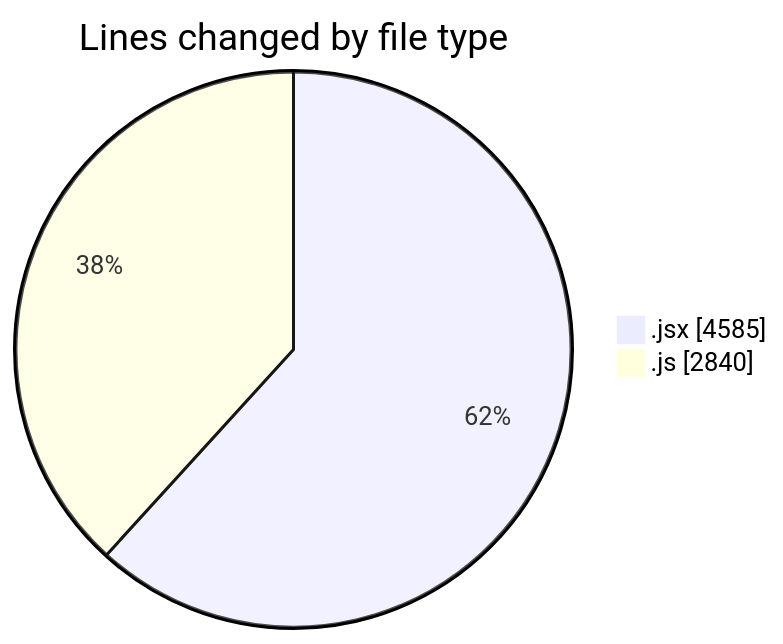
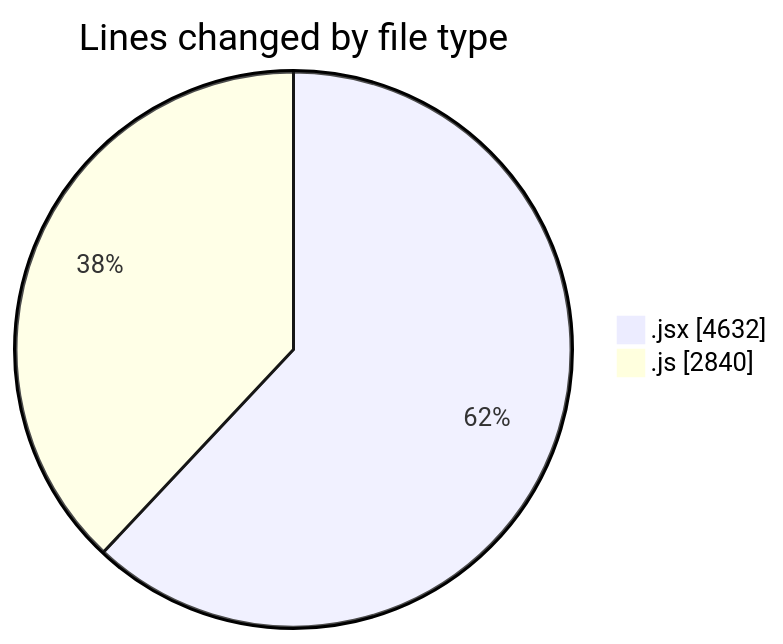
One commit to nxtqubesakshisongat/code-tracking changed the first of 2 diagrams in 2025-09-23/nxtqube_webapp/README.md. Above: the diagram before and after it, drawn with Mermaid. The commit also changed other lines of this file and 1 other file, not shown here.

````diff
--- a/2025-09-23/nxtqube_webapp/README.md
+++ b/2025-09-23/nxtqube_webapp/README.md
@@ -23,6 +23,6 @@
 ```mermaid
 pie showData
 title Lines changed by file type
-".jsx" : 4585
+".jsx" : 4632
 ".js" : 2840
 ```
````
